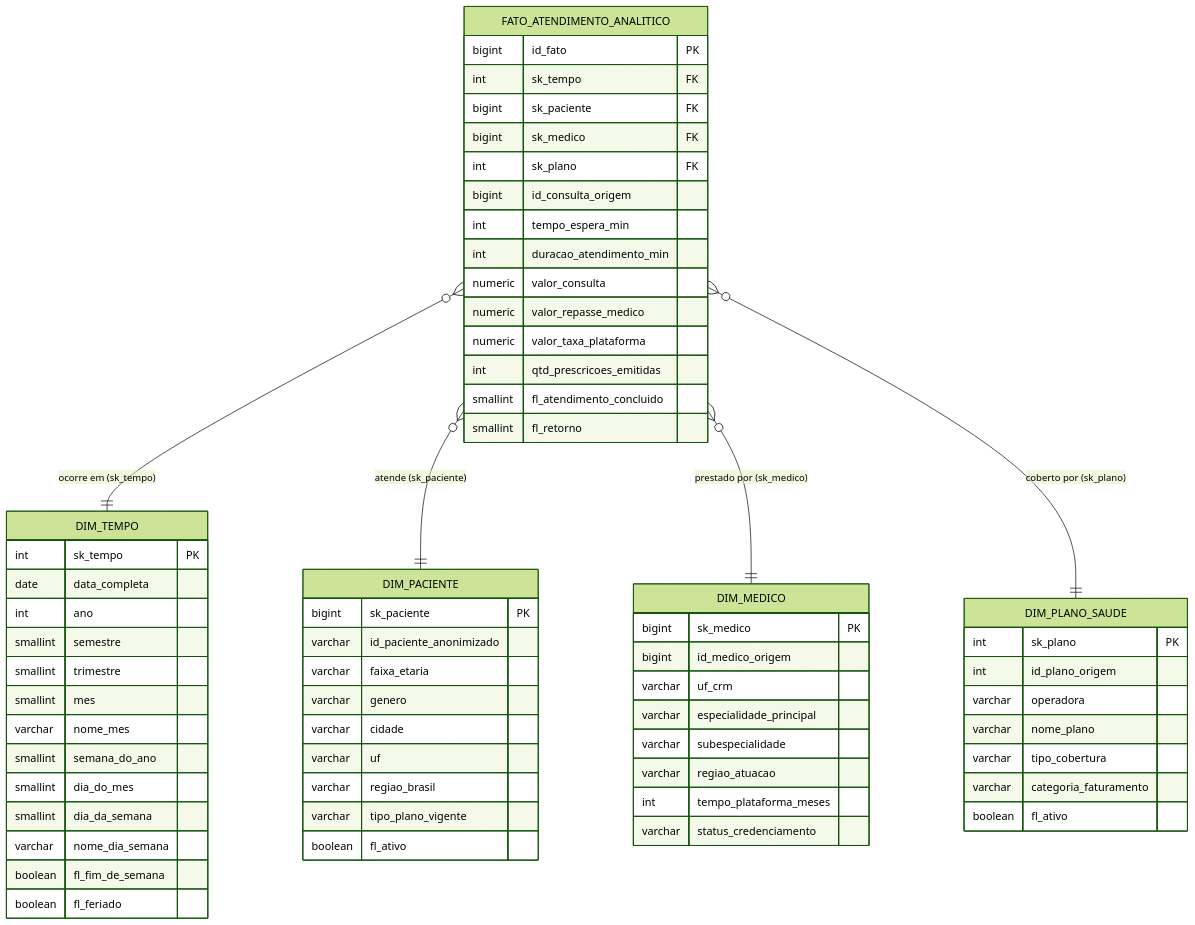
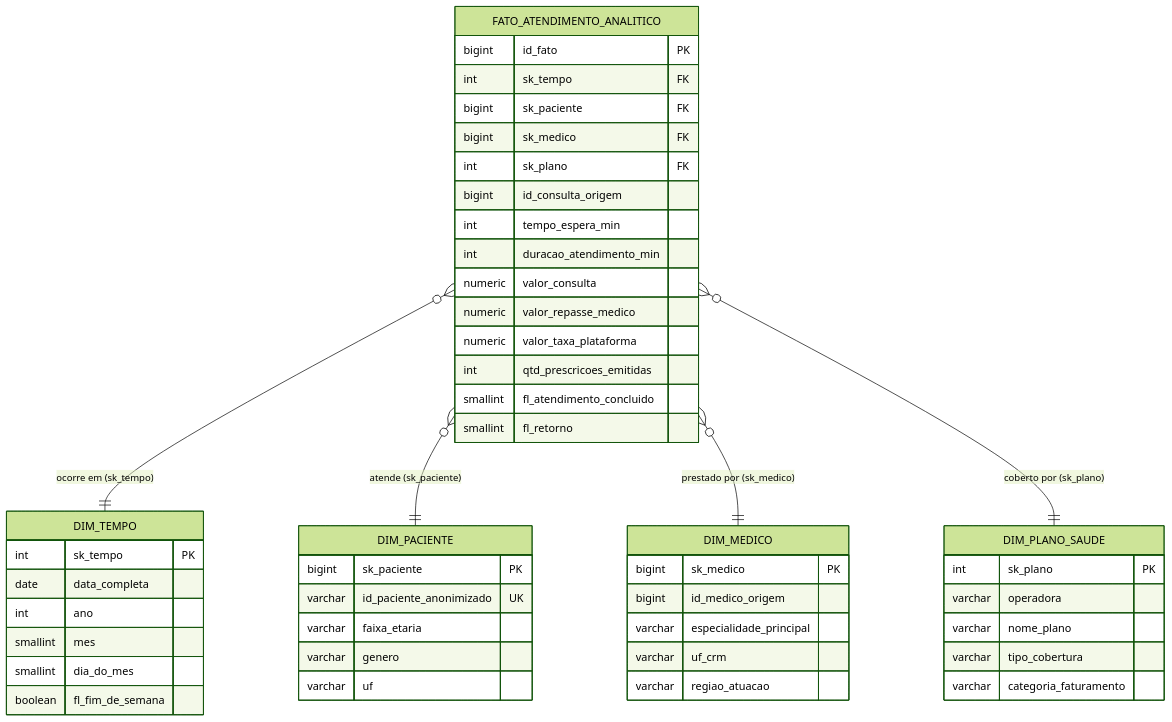
One commit to CarlosH-Santiago/Vitalis-Saude-Digital changed the second of 2 diagrams in docs/data-modeling/data-modeling.md. Above: the diagram before and after it, drawn with Mermaid (forest theme). The commit also changed other lines of this file and 9 other files, not shown here.

First line of the commit message:
docs: standardize enterprise architecture, integrate Entrega 8 and 9, and clean docs

````diff
--- a/docs/data-modeling/data-modeling.md
+++ b/docs/data-modeling/data-modeling.md
@@ -371,73 +349,57 @@
 ```mermaid
 erDiagram
     FATO_ATENDIMENTO_ANALITICO }o--|| DIM_TEMPO : "ocorre em (sk_tempo)"
     FATO_ATENDIMENTO_ANALITICO }o--|| DIM_PACIENTE : "atende (sk_paciente)"
     FATO_ATENDIMENTO_ANALITICO }o--|| DIM_MEDICO : "prestado por (sk_medico)"
     FATO_ATENDIMENTO_ANALITICO }o--|| DIM_PLANO_SAUDE : "coberto por (sk_plano)"
 
     FATO_ATENDIMENTO_ANALITICO {
         bigint id_fato PK
         int sk_tempo FK
         bigint sk_paciente FK
         bigint sk_medico FK
         int sk_plano FK
         bigint id_consulta_origem
         int tempo_espera_min
         int duracao_atendimento_min
         numeric valor_consulta
         numeric valor_repasse_medico
         numeric valor_taxa_plataforma
         int qtd_prescricoes_emitidas
         smallint fl_atendimento_concluido
         smallint fl_retorno
     }
 
     DIM_TEMPO {
         int sk_tempo PK
         date data_completa
         int ano
-        smallint semestre
-        smallint trimestre
         smallint mes
-        varchar nome_mes
-        smallint semana_do_ano
         smallint dia_do_mes
-        smallint dia_da_semana
-        varchar nome_dia_semana
         boolean fl_fim_de_semana
-        boolean fl_feriado
     }
 
     DIM_PACIENTE {
         bigint sk_paciente PK
-        varchar id_paciente_anonimizado
+        varchar id_paciente_anonimizado UK
         varchar faixa_etaria
         varchar genero
-        varchar cidade
         varchar uf
-        varchar regiao_brasil
-        varchar tipo_plano_vigente
-        boolean fl_ativo
     }
 
     DIM_MEDICO {
         bigint sk_medico PK
         bigint id_medico_origem
+        varchar especialidade_principal
         varchar uf_crm
-        varchar especialidade_principal
-        varchar subespecialidade
         varchar regiao_atuacao
-        int tempo_plataforma_meses
-        varchar status_credenciamento
     }
 
     DIM_PLANO_SAUDE {
         int sk_plano PK
-        int id_plano_origem
         varchar operadora
         varchar nome_plano
         varchar tipo_cobertura
         varchar categoria_faturamento
-        boolean fl_ativo
     }
 ```
````
